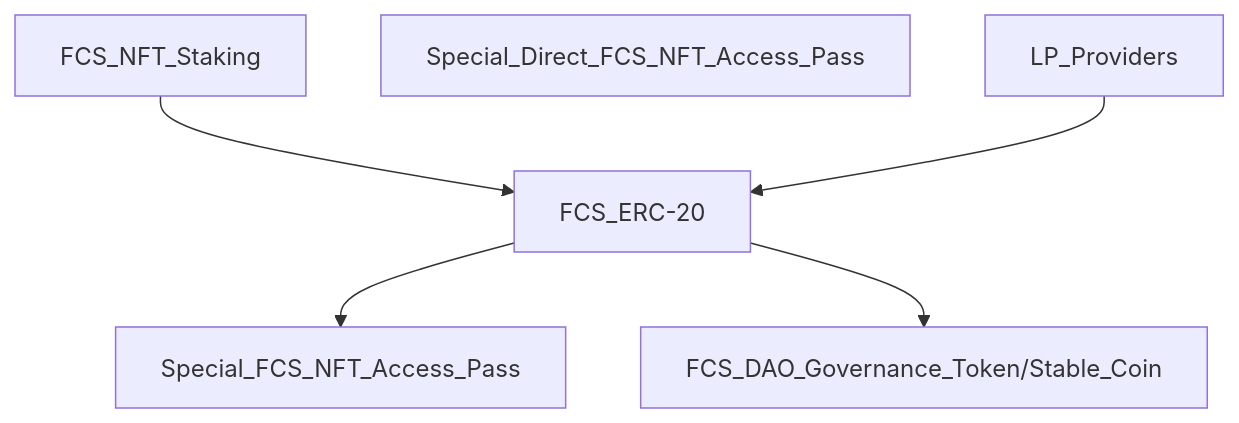
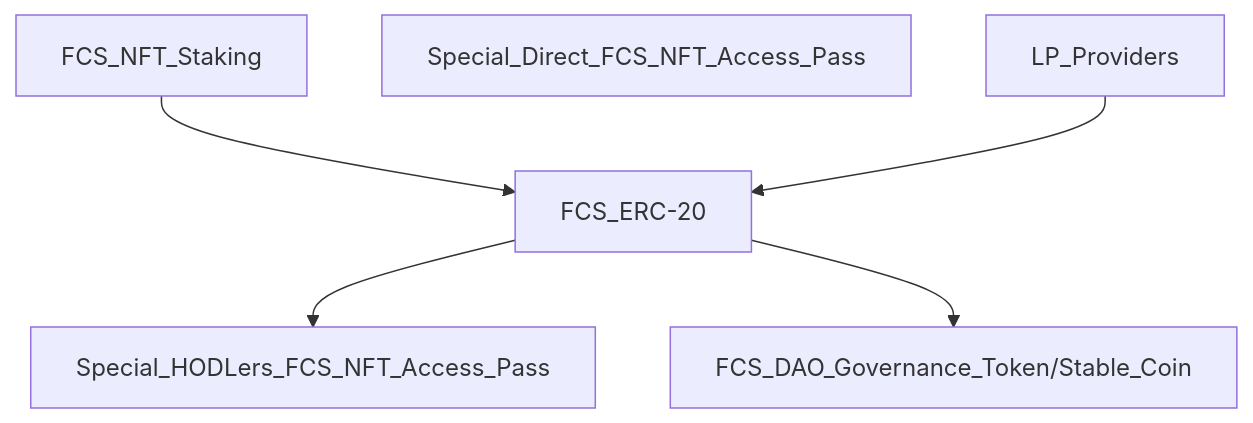
The second of 2 diagrams in White Papers/FCS NFT/README.md (WrappedUsername/Web-Dev-Notes), drawn with Mermaid before and after one commit. The commit also changed other lines of this file, not shown here.

````diff
--- a/White Papers/FCS NFT/README.md
+++ b/White Papers/FCS NFT/README.md
@@ -41,9 +41,9 @@
 ```mermaid
 graph TD;
 FCS_NFT_Staking-->FCS_ERC-20
 Special_Direct_FCS_NFT_Access_Pass
 LP_Providers-->FCS_ERC-20
-FCS_ERC-20-->Special_FCS_NFT_Access_Pass
+FCS_ERC-20-->Special_HODLers_FCS_NFT_Access_Pass
 FCS_ERC-20-->FCS_DAO_Governance_Token/Stable_Coin
 
 ```
````
